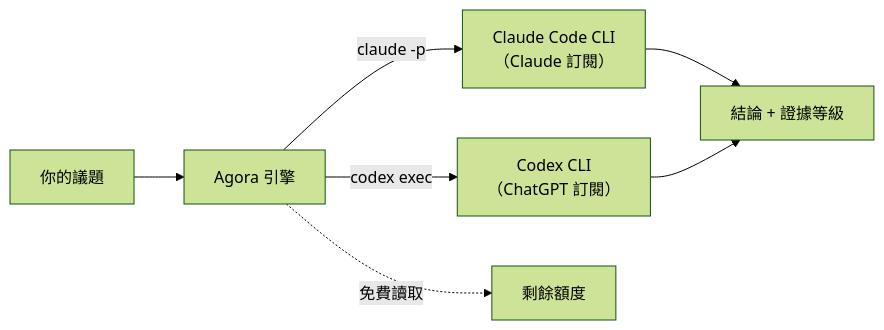
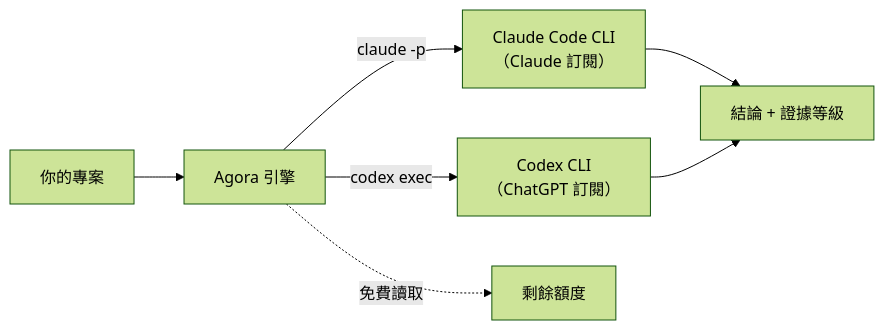
Before and after one commit to cdexswzaq0110/Agora: the diagram in README.md, drawn with Mermaid (forest theme). The commit also changed other lines of this file and 127 other files, not shown here.

````diff
--- a/README.md
+++ b/README.md
@@ -70,9 +79,9 @@
 ```mermaid
 flowchart LR
-    U["你的議題"] --> E["Agora 引擎"]
+    U["你的專案"] --> E["Agora 引擎"]
     E -->|claude -p| C["Claude Code CLI<br/>（Claude 訂閱）"]
     E -->|codex exec| G["Codex CLI<br/>（ChatGPT 訂閱）"]
     C --> V["結論 + 證據等級"]
     G --> V
     E -.->|免費讀取| Q["剩餘額度"]
 ```
````
